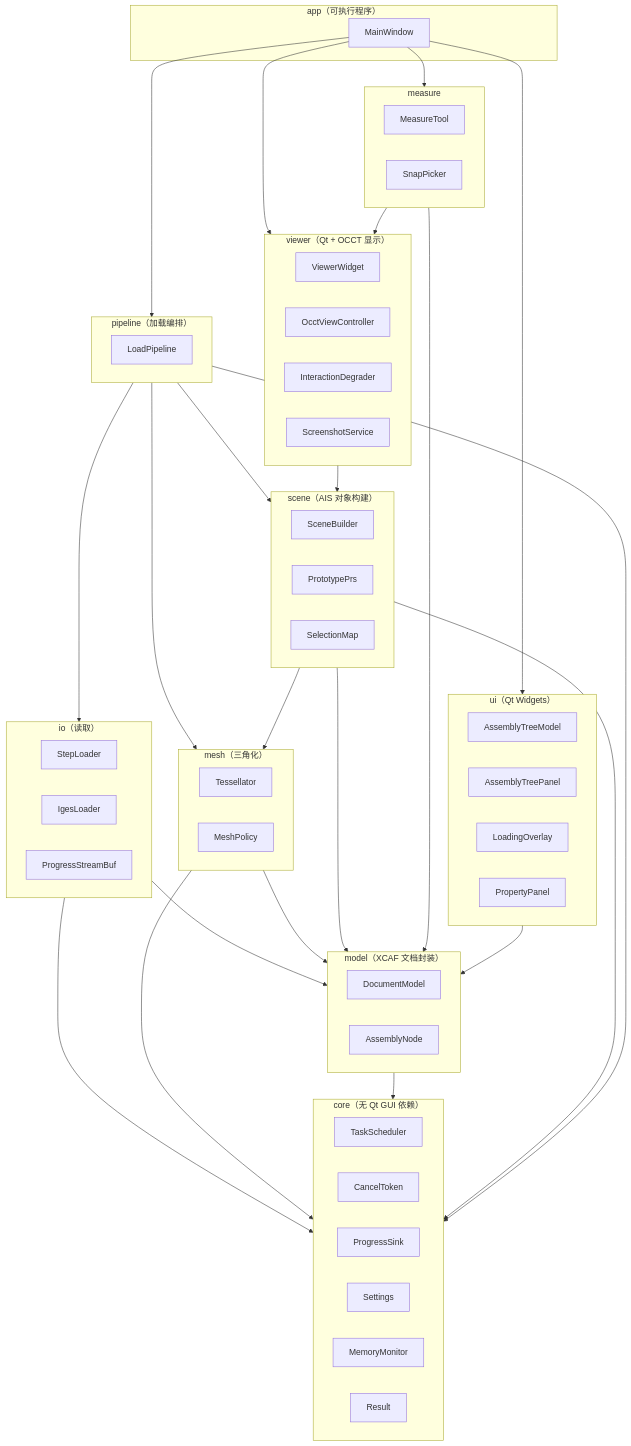
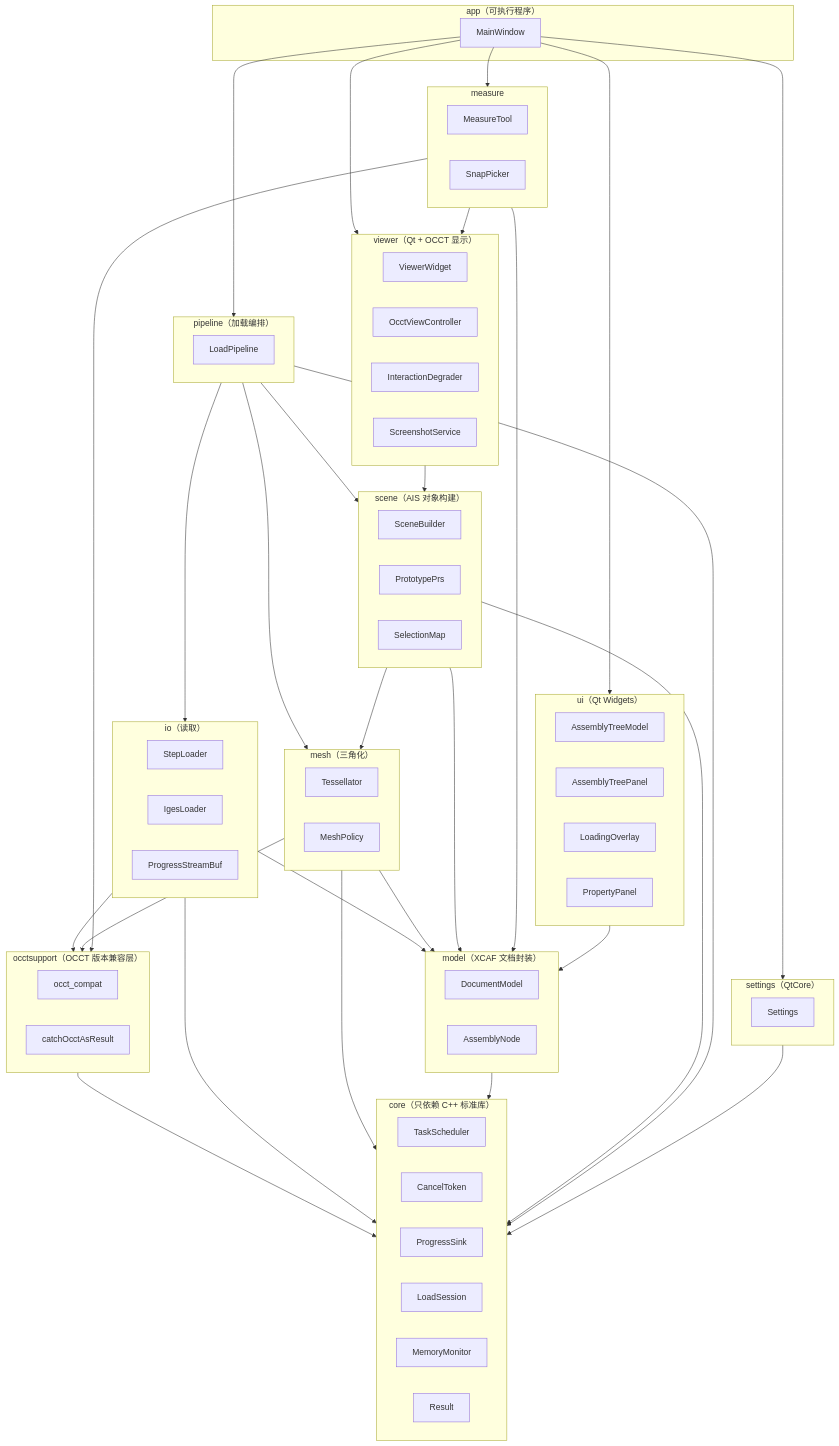
Before and after one commit to gdTang123/StepLens: the first of 4 diagrams in docs/design/step-viewer-architecture.md, drawn with Mermaid. The commit also changed other lines of this file and 24 other files, not shown here.

````diff
--- a/docs/design/step-viewer-architecture.md
+++ b/docs/design/step-viewer-architecture.md
@@ -236,61 +305,69 @@
 ```mermaid
 flowchart TB
     subgraph APP["app（可执行程序）"]
         MainWindow
     end
     subgraph UI["ui（Qt Widgets）"]
         AssemblyTreeModel
         AssemblyTreePanel
         LoadingOverlay
         PropertyPanel
     end
     subgraph VIEWER["viewer（Qt + OCCT 显示）"]
         ViewerWidget
         OcctViewController
         InteractionDegrader
         ScreenshotService
     end
     subgraph MEASURE["measure"]
         MeasureTool
         SnapPicker
     end
     subgraph SCENE["scene（AIS 对象构建）"]
         SceneBuilder
         PrototypePrs
         SelectionMap
     end
     subgraph MESH["mesh（三角化）"]
         Tessellator
         MeshPolicy
     end
     subgraph MODEL["model（XCAF 文档封装）"]
         DocumentModel
         AssemblyNode
     end
     subgraph IO["io（读取）"]
         StepLoader
         IgesLoader
         ProgressStreamBuf
     end
-    subgraph CORE["core（无 Qt GUI 依赖）"]
+    subgraph SETTINGS["settings（QtCore）"]
+        Settings
+    end
+    subgraph OCCTSUP["occtsupport（OCCT 版本兼容层）"]
+        occt_compat
+        catchOcctAsResult
+    end
+    subgraph CORE["core（只依赖 C++ 标准库）"]
         TaskScheduler
         CancelToken
         ProgressSink
-        Settings
+        LoadSession
         MemoryMonitor
         Result
     end
     subgraph PIPE["pipeline（加载编排）"]
         LoadPipeline
     end
 
-    MainWindow --> UI & VIEWER & MEASURE & PIPE
+    MainWindow --> UI & VIEWER & MEASURE & PIPE & SETTINGS
     PIPE --> IO --> MODEL
     PIPE --> MESH --> MODEL
     PIPE --> SCENE
     SCENE --> MODEL & MESH
     VIEWER --> SCENE
     MEASURE --> VIEWER & MODEL
     UI --> MODEL
-    IO & MESH & MODEL & SCENE & PIPE --> CORE
+    IO & MESH & MEASURE --> OCCTSUP --> CORE
+    IO & MESH & MODEL & SCENE & PIPE & SETTINGS --> CORE
 ```
````
